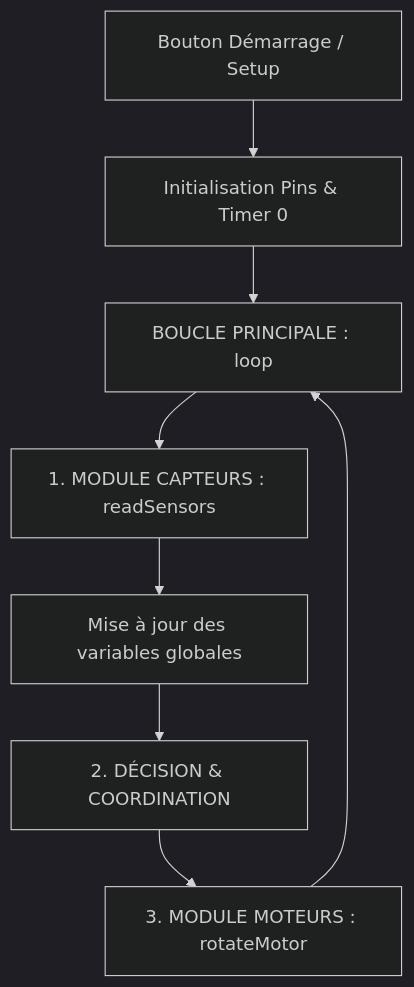
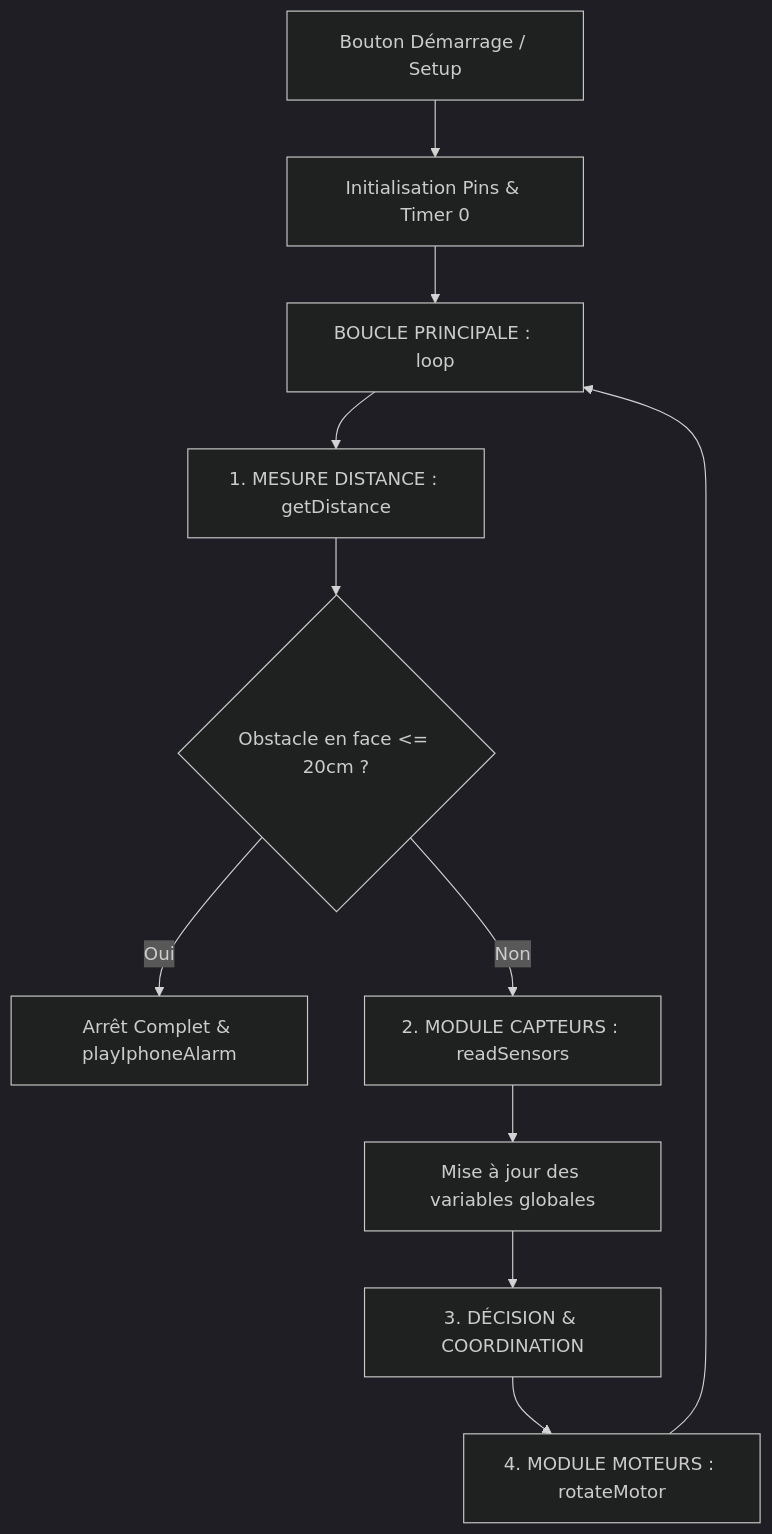
Before and after one commit to AngisheSALEM/voiture-suiveur-de-ligne: the diagram in README.md, drawn with Mermaid (dark theme). The commit also changed other lines of this file, not shown here.

````diff
--- a/README.md
+++ b/README.md
@@ -36,10 +43,13 @@
 ```mermaid
 graph TD
     A[Bouton Démarrage / Setup] --> B[Initialisation Pins & Timer 0]
     B --> C[BOUCLE PRINCIPALE : loop]
-    C --> D[1. MODULE CAPTEURS : readSensors]
-    D --> E[Mise à jour des variables globales]
-    E --> F[2. DÉCISION & COORDINATION]
-    F --> G[3. MODULE MOTEURS : rotateMotor]
-    G --> C
+    C --> D[1. MESURE DISTANCE : getDistance]
+    D --> E{Obstacle en face <= 20cm ?}
+    E -- Oui --> F[Arrêt Complet & playIphoneAlarm]
+    E -- Non --> G[2. MODULE CAPTEURS : readSensors]
+    G --> H[Mise à jour des variables globales]
+    H --> I[3. DÉCISION & COORDINATION]
+    I --> J[4. MODULE MOTEURS : rotateMotor]
+    J --> C
 ```
````
